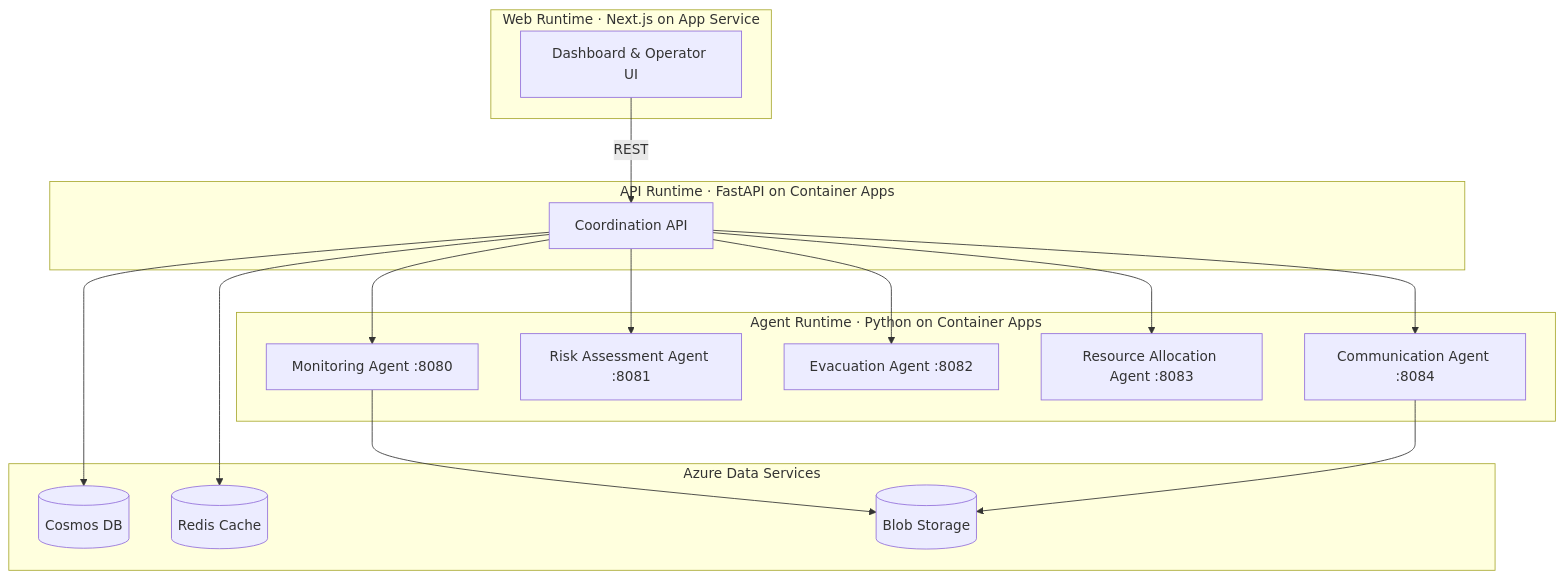
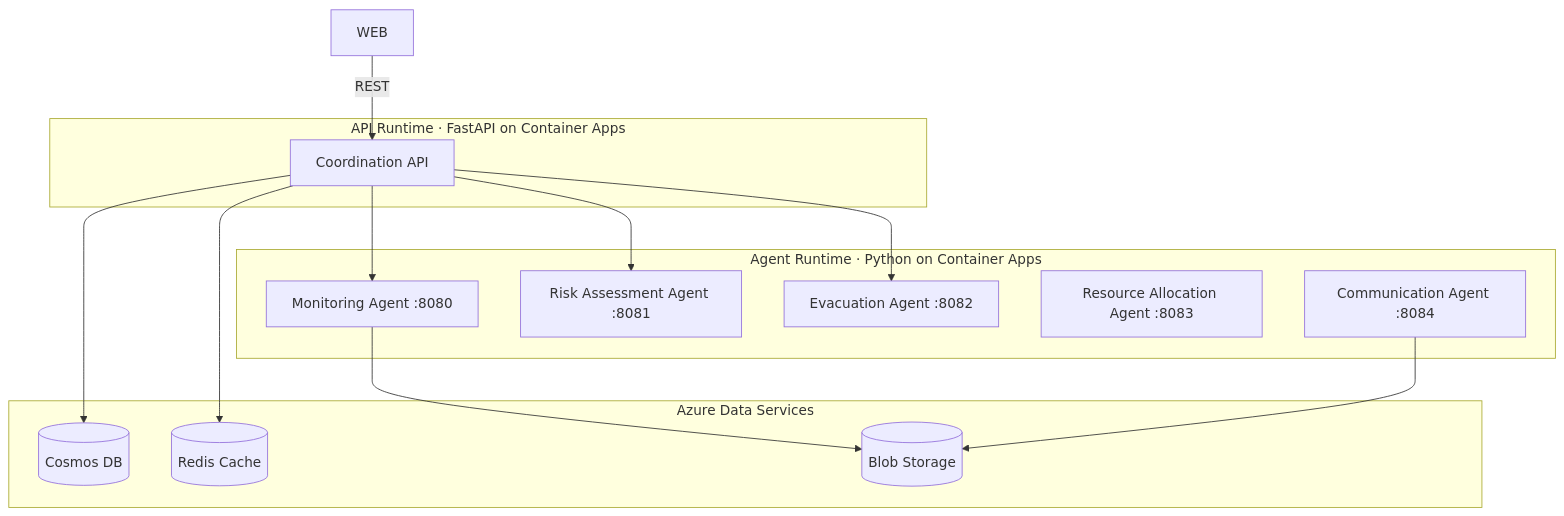
Before and after one commit to johnbilliris/ama: the diagram in README.md, drawn with Mermaid. The commit also changed other lines of this file and 1255 other files, not shown here.

````diff
--- a/README.md
+++ b/README.md
@@ -36,36 +36,30 @@
 ```mermaid
 graph TD
-    subgraph "Web Runtime · Next.js on App Service"
-        WEB[Dashboard & Operator UI]
-    end
-
     subgraph "API Runtime · FastAPI on Container Apps"
         API[Coordination API]
     end
 
     subgraph "Agent Runtime · Python on Container Apps"
         MON[Monitoring Agent :8080]
         RISK[Risk Assessment Agent :8081]
         EVAC[Evacuation Agent :8082]
         RES[Resource Allocation Agent :8083]
         COMMS[Communication Agent :8084]
     end
 
     WEB -->|REST| API
     API --> MON
     API --> RISK
     API --> EVAC
-    API --> RES
-    API --> COMMS
 
     subgraph "Azure Data Services"
         COSMOS[(Cosmos DB)]
         REDIS[(Redis Cache)]
         BLOB[(Blob Storage)]
     end
 
     API --> COSMOS
     API --> REDIS
     MON --> BLOB
     COMMS --> BLOB
 ```
````
